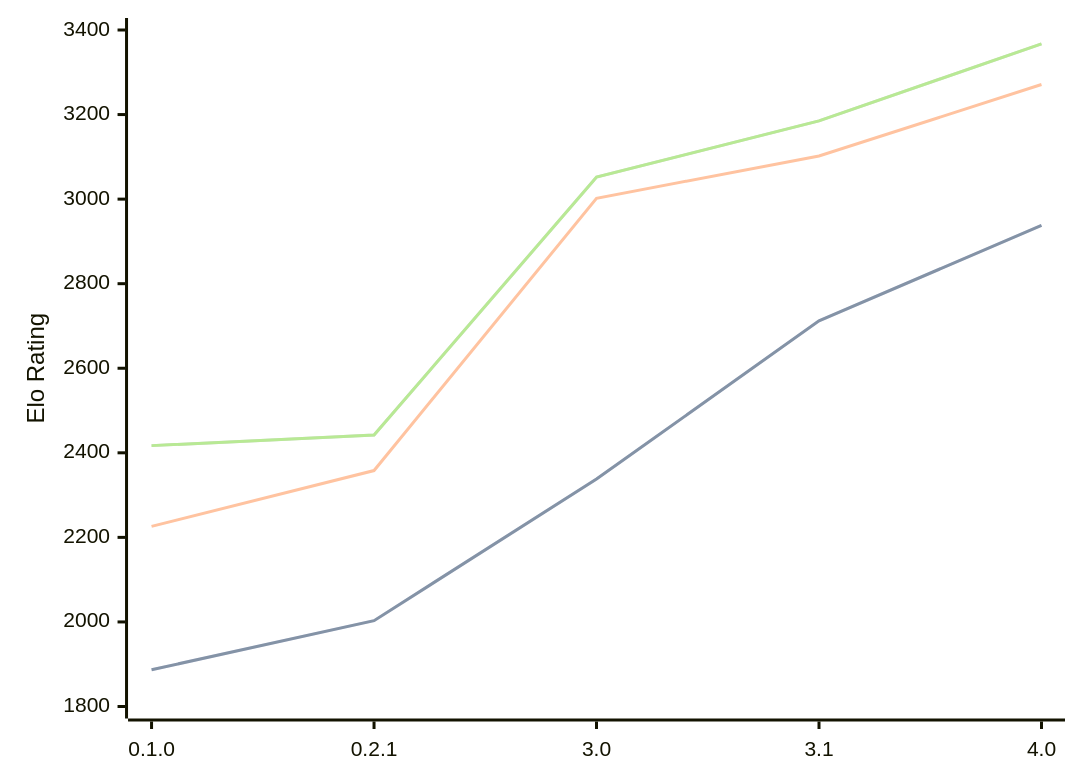
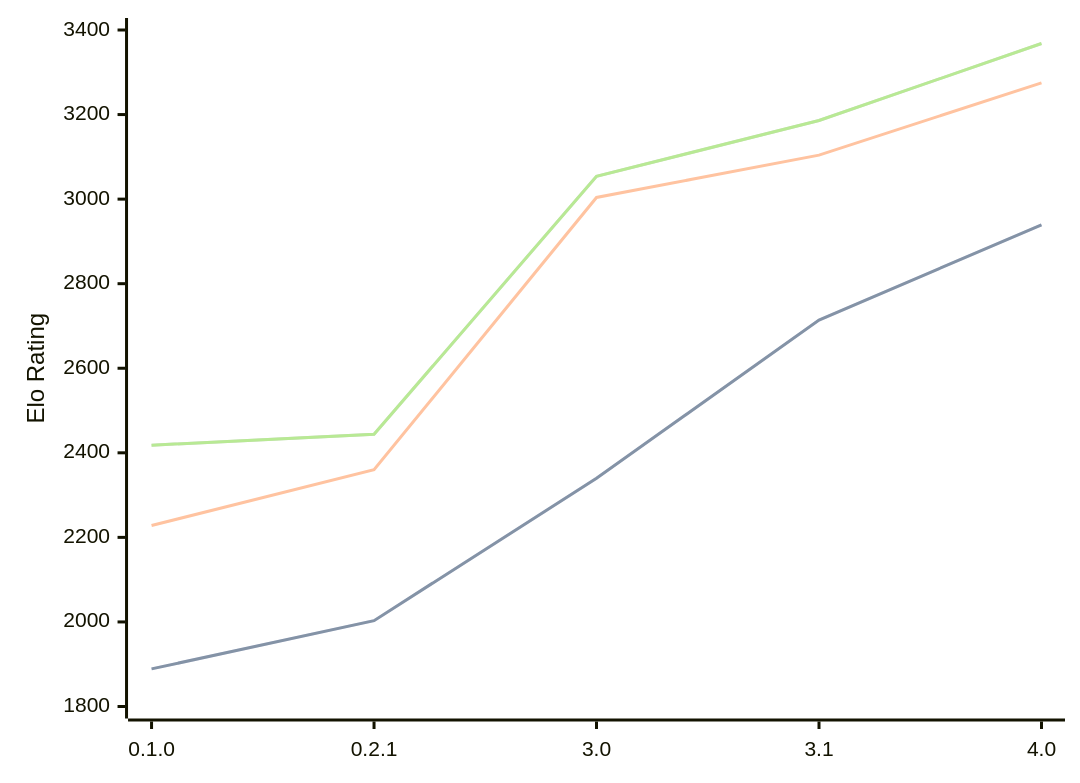
The diagram in engines/Sykora.md (computer-chess-index/cci), drawn with Mermaid before and after one commit. The commit also changed other lines of this file, not shown here.

Commit message:
Update CCI Ratings (ELO VLTC) - 2026-09-01

````diff
--- a/engines/Sykora.md
+++ b/engines/Sykora.md
@@ -36,11 +36,11 @@
 ```mermaid
 %%{init: {"theme":"base","themeVariables":{"seriesColors:['#a3a3a3','#222221','#faa371']}}}%%
 xychart-beta
   x-axis ["0.1.0", "0.2.1", "3.0", "3.1", "4.0"]
   y-axis "Elo Rating" 1800 --> 3400
-  line "" [1887, 2003, 2338, 2712, 2938]
-  line "STC (8.0+0.08s)" [1887, 2003, 2338, 2712, 2938]
-  line "LTC (60.0+0.60s)" [2226, 2358, 3002, 3102, 3271]
-  line "" [2417, 2442, 3052, 3185, 3367]
-  line "VLTC (2m24s+1.12s)" [2417, 2442, 3052, 3185, 3367]
+  line "" [1889, 2003, 2340, 2714, 2939]
+  line "STC (8.0+0.08s)" [1889, 2003, 2340, 2714, 2939]
+  line "LTC (60.0+0.60s)" [2228, 2360, 3004, 3104, 3275]
+  line "" [2418, 2444, 3054, 3186, 3368]
+  line "VLTC (2m24s+1.12s)" [2418, 2444, 3054, 3186, 3368]
 ```
````
